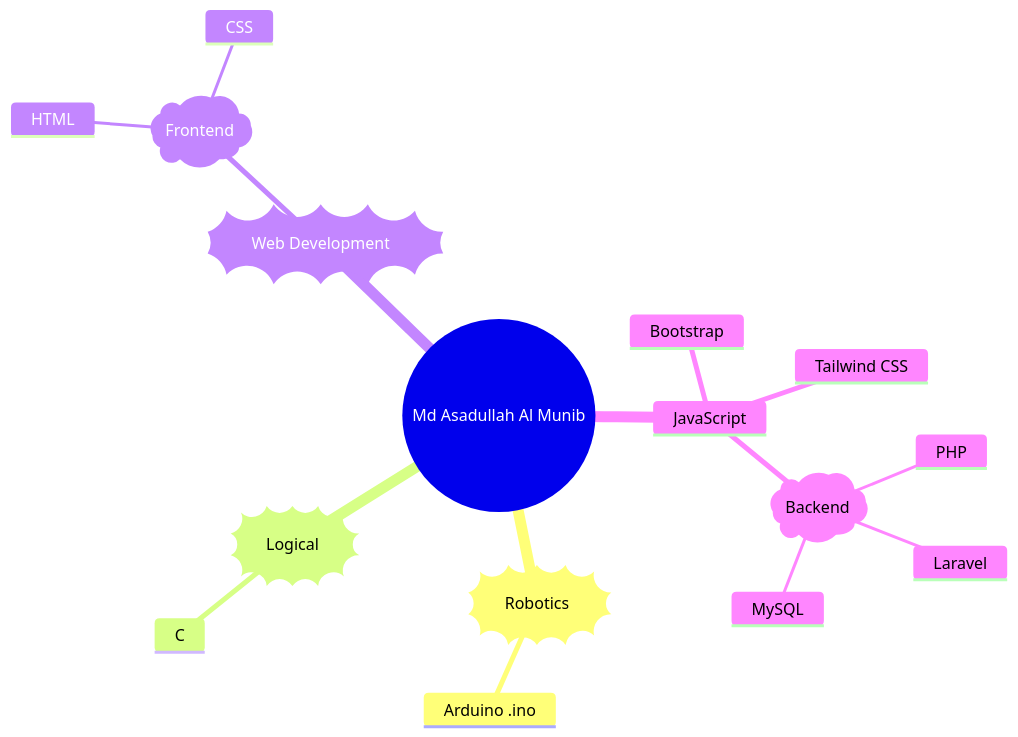
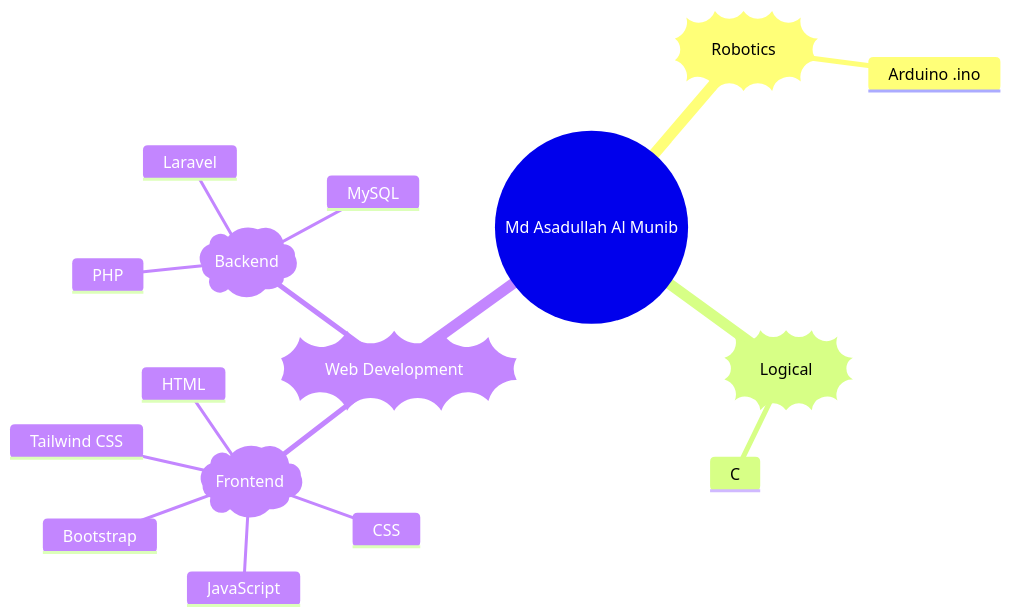
The diagram in README.md (AsadullahAlMunib/AsadullahAlMunib), drawn with Mermaid before and after one commit.

Commit message:
Fix indentation for JavaScript in README

````diff
--- a/README.md
+++ b/README.md
@@ -57,19 +57,19 @@
 ```mermaid
 mindmap
   root((Md Asadullah Al Munib))
     ))Robotics((
       Arduino .ino
     ))Logical((
       C
     ))Web Development((
       )Frontend(
         HTML
         CSS
-				JavaScript
+        JavaScript
         Bootstrap
         Tailwind CSS 
       )Backend(
         PHP
         Laravel
         MySQL
 ```
````
